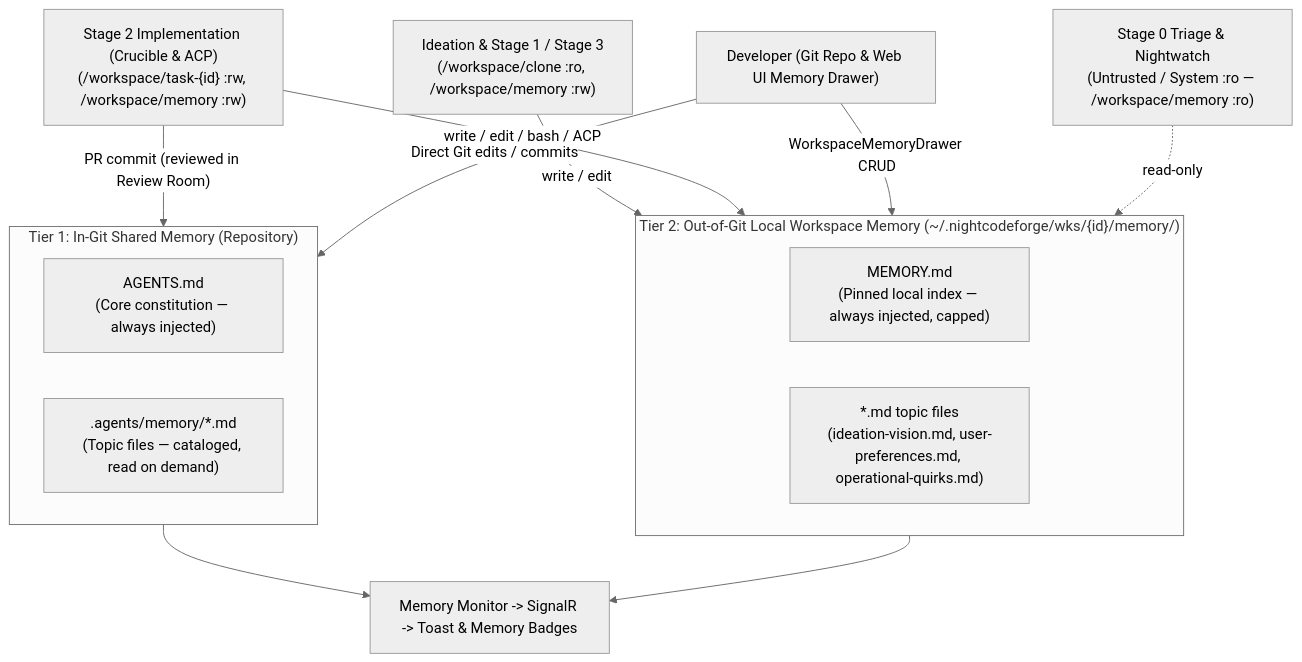
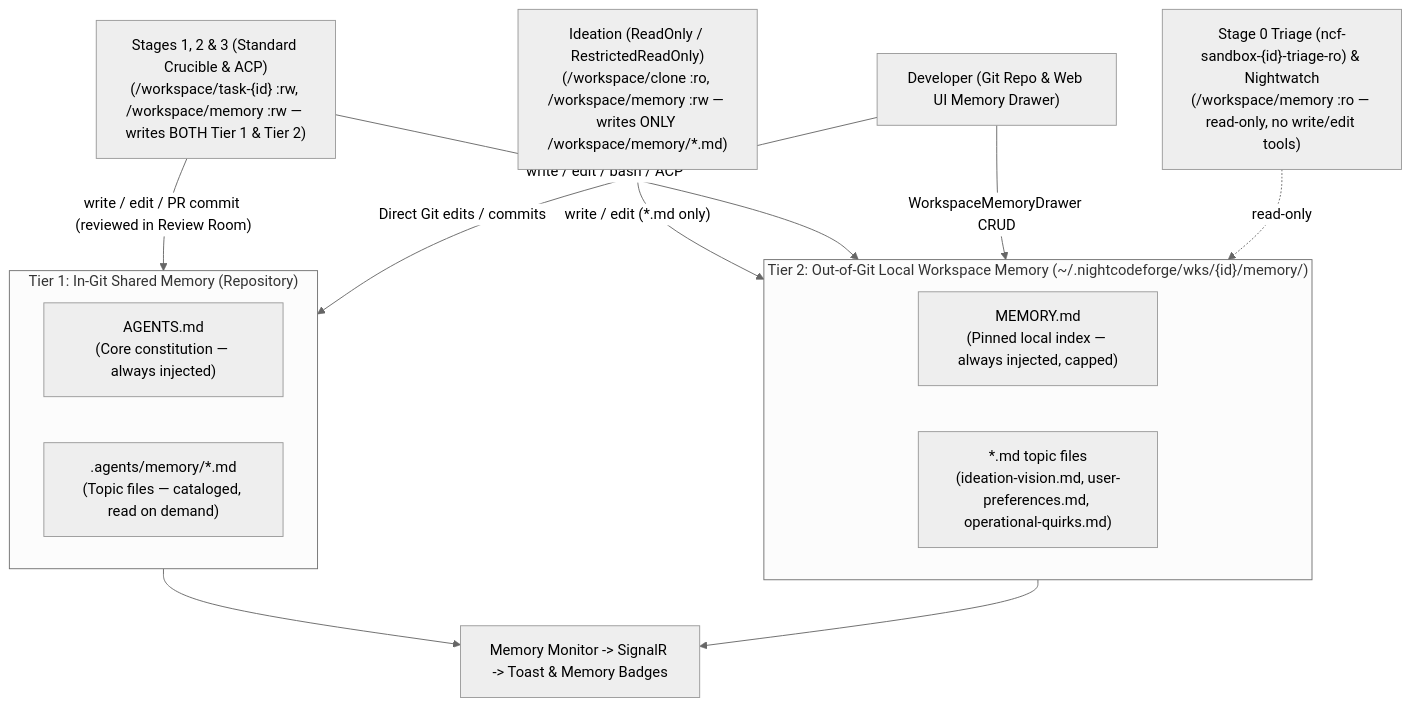
Before and after one commit to jetelain/NightCodeForge: the diagram in docs/features/STEP_12_39_TWO_TIER_AGENT_MEMORY_MANAGEMENT_AND_UI_NOTIFICATIONS.md, drawn with Mermaid (neutral theme). The commit also changed other lines of this file and 8 other files, not shown here.

````diff
--- a/docs/features/STEP_12_39_TWO_TIER_AGENT_MEMORY_MANAGEMENT_AND_UI_NOTIFICATIONS.md
+++ b/docs/features/STEP_12_39_TWO_TIER_AGENT_MEMORY_MANAGEMENT_AND_UI_NOTIFICATIONS.md
@@ -19,27 +20,27 @@
 ```mermaid
 flowchart TB
     subgraph Tier1 ["Tier 1: In-Git Shared Memory (Repository)"]
         RootRules["AGENTS.md\n(Core constitution — always injected)"]
         Satellite[".agents/memory/*.md\n(Topic files — cataloged, read on demand)"]
     end
 
     subgraph Tier2 ["Tier 2: Out-of-Git Local Workspace Memory (~/.nightcodeforge/wks/{id}/memory/)"]
         Pinned["MEMORY.md\n(Pinned local index — always injected, capped)"]
         LocalTopics["*.md topic files\n(ideation-vision.md, user-preferences.md, operational-quirks.md)"]
     end
 
-    Ideation["Ideation & Stage 1 / Stage 3\n(/workspace/clone :ro, /workspace/memory :rw)"]
-    Stage2["Stage 2 Implementation (Crucible & ACP)\n(/workspace/task-{id} :rw, /workspace/memory :rw)"]
-    Triage["Stage 0 Triage & Nightwatch\n(Untrusted / System :ro — /workspace/memory :ro)"]
+    Ideation["Ideation (ReadOnly / RestrictedReadOnly)\n(/workspace/clone :ro, /workspace/memory :rw — writes ONLY /workspace/memory/*.md)"]
+    Stages1to3["Stages 1, 2 & 3 (Standard Crucible & ACP)\n(/workspace/task-{id} :rw, /workspace/memory :rw — writes BOTH Tier 1 & Tier 2)"]
+    Triage["Stage 0 Triage (ncf-sandbox-{id}-triage-ro) & Nightwatch\n(/workspace/memory :ro — read-only, no write/edit tools)"]
     User["Developer (Git Repo & Web UI Memory Drawer)"]
     Notify["Memory Monitor -> SignalR -> Toast & Memory Badges"]
 
-    Ideation -- "write / edit" --> Tier2
-    Stage2 -- "write / edit / bash / ACP" --> Tier2
-    Stage2 -- "PR commit (reviewed in Review Room)" --> Tier1
+    Ideation -- "write / edit (*.md only)" --> Tier2
+    Stages1to3 -- "write / edit / bash / ACP" --> Tier2
+    Stages1to3 -- "write / edit / PR commit (reviewed in Review Room)" --> Tier1
     User -- "Direct Git edits / commits" --> Tier1
     User -- "WorkspaceMemoryDrawer CRUD" --> Tier2
     Triage -. "read-only" .-> Tier2
     Tier1 --> Notify
     Tier2 --> Notify
 ```
````
